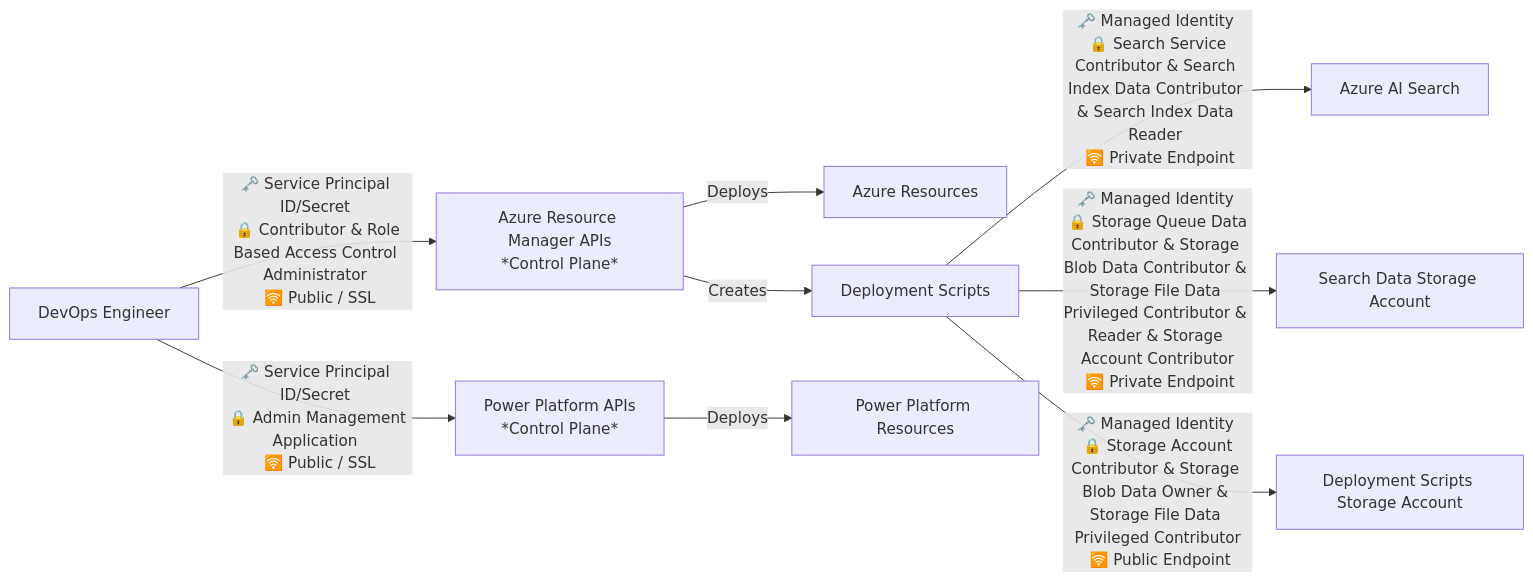
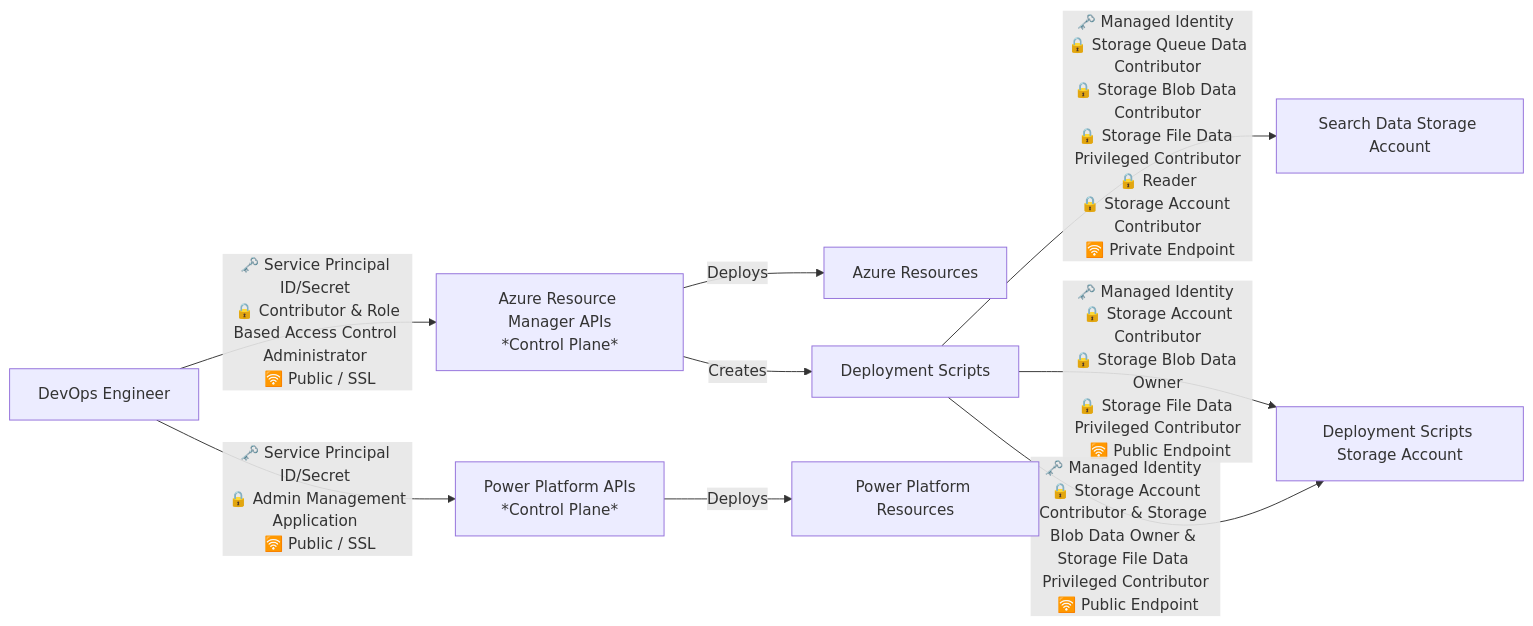
Before and after one commit to Azure-Samples/Copilot-Studio-with-Azure-AI-Search: the third of 4 diagrams in docs/security_considerations.md, drawn with Mermaid. The commit also changed other lines of this file, not shown here.

Commit message:
fix(docs): update enhanced network security and storage permissions in security considerations

````diff
--- a/docs/security_considerations.md
+++ b/docs/security_considerations.md
@@ -195,12 +195,12 @@
 ```mermaid
 graph LR
     Developer[DevOps Engineer]
     Developer --> |🗝️ Service Principal ID/Secret <br> 🔒 Contributor & Role Based Access Control Administrator <br> 🛜 Public / SSL | AzureCP[Azure Resource Manager APIs<br>*Control Plane*]
     Developer --> |🗝️ Service Principal ID/Secret <br> 🔒 Admin Management Application <br> 🛜 Public / SSL | PPAPI[Power Platform APIs<br>*Control Plane*]
     AzureCP --> |Deploys| AzureResources[Azure Resources]
     AzureCP --> |Creates| DeployScript[Deployment Scripts]
-    DeployScript --> |🗝️ Managed Identity <br> 🔒 Search Service Contributor & Search Index Data Contributor & Search Index Data Reader <br> 🛜 Private Endpoint | AISearch[Azure AI Search]
-    DeployScript --> |🗝️ Managed Identity <br> 🔒 Storage Queue Data Contributor & Storage Blob Data Contributor & Storage File Data Privileged Contributor & Reader & Storage Account Contributor<br> 🛜 Private Endpoint| Storage[Search Data Storage Account]
+    DeployScript --> |🗝️ Managed Identity <br> 🔒 Storage Queue Data Contributor<br>🔒 Storage Blob Data Contributor<br>🔒 Storage File Data Privileged Contributor<br>🔒 Reader<br>🔒 Storage Account Contributor<br> 🛜 Private Endpoint| Storage[Search Data Storage Account]
+    DeployScript --> |🗝️ Managed Identity <br> 🔒 Storage Account Contributor<br>🔒 Storage Blob Data Owner<br>🔒 Storage File Data Privileged Contributor<br> 🛜 Public Endpoint| DSStorage[Deployment Scripts Storage Account]
     DeployScript --> |🗝️ Managed Identity <br> 🔒 Storage Account Contributor & Storage Blob Data Owner & Storage File Data Privileged Contributor<br> 🛜 Public Endpoint| DSStorage[Deployment Scripts Storage Account]
     PPAPI --> |Deploys| PPSolution[Power Platform Resources]
 ```
````
